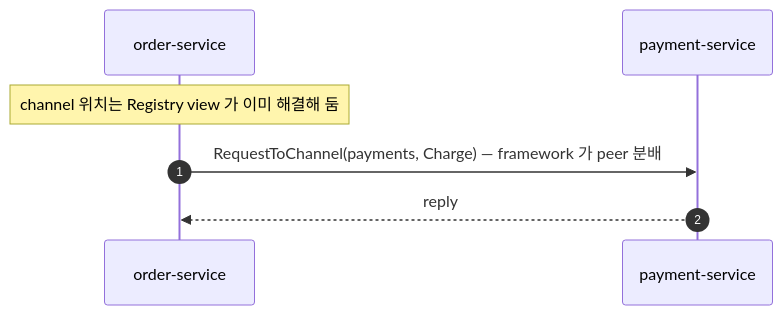
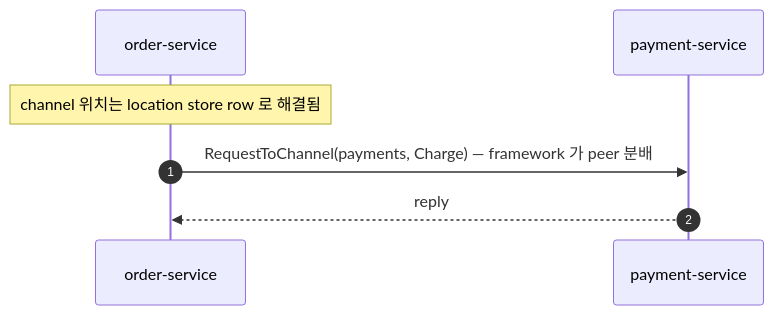
The fourth of 4 diagrams in framework/doc/framework/dotnet/guide/13-grpc-alternative.ko.md (kairos-code-dev/zlink), drawn with Mermaid before and after one commit. The commit also changed other lines of this file and 30 other files, not shown here.

Commit message:
docs: update dotnet framework location store docs

````diff
--- a/framework/doc/framework/dotnet/guide/13-grpc-alternative.ko.md
+++ b/framework/doc/framework/dotnet/guide/13-grpc-alternative.ko.md
@@ -257,9 +257,9 @@
 ```mermaid
 sequenceDiagram
   autonumber
   participant A as order-service
   participant B as payment-service
-  Note over A: channel 위치는 Registry view 가 이미 해결해 둠
+  Note over A: channel 위치는 location store row 로 해결됨
   A->>B: RequestToChannel(payments, Charge) — framework 가 peer 분배
   B-->>A: reply
 ```
````
